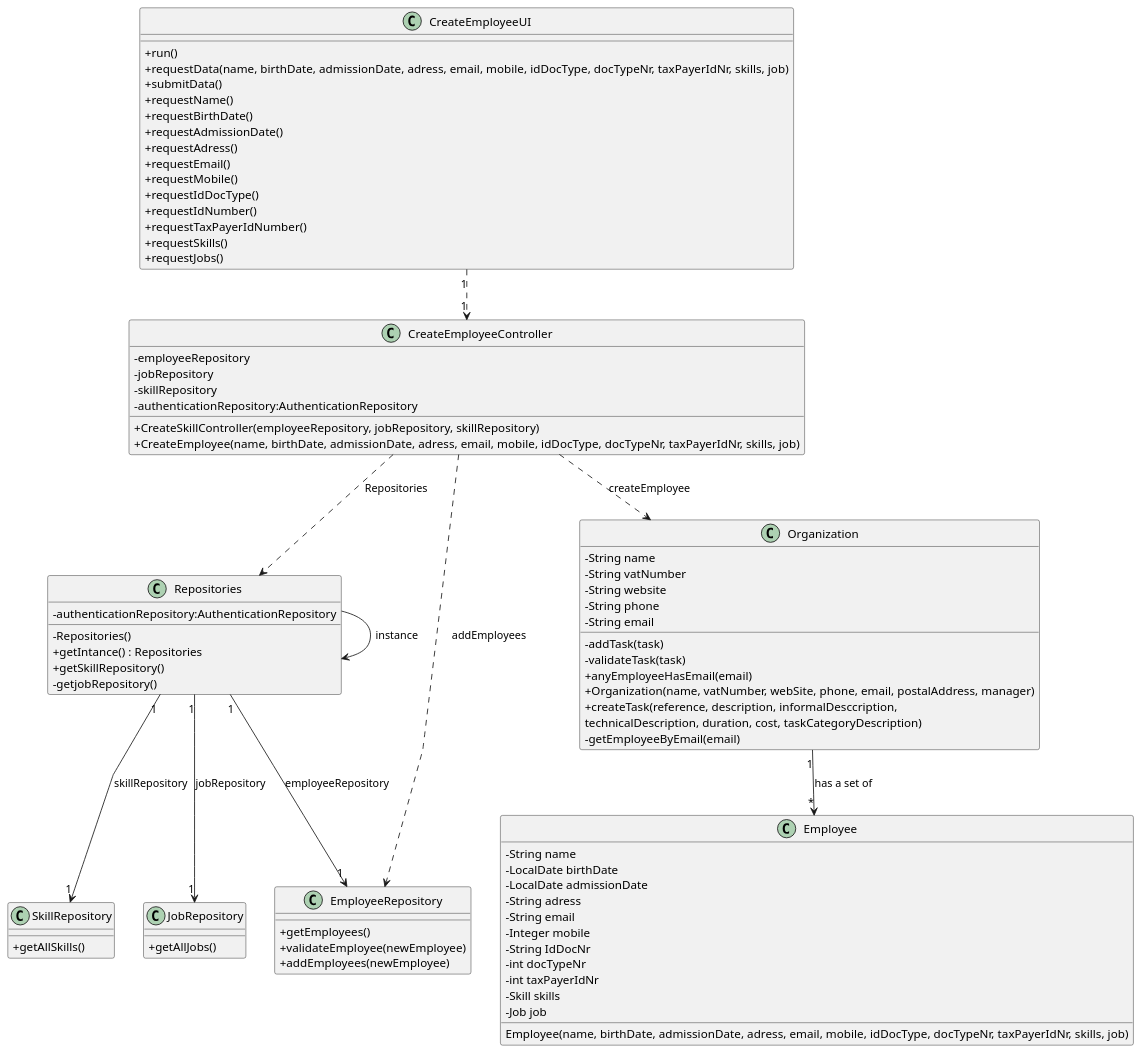
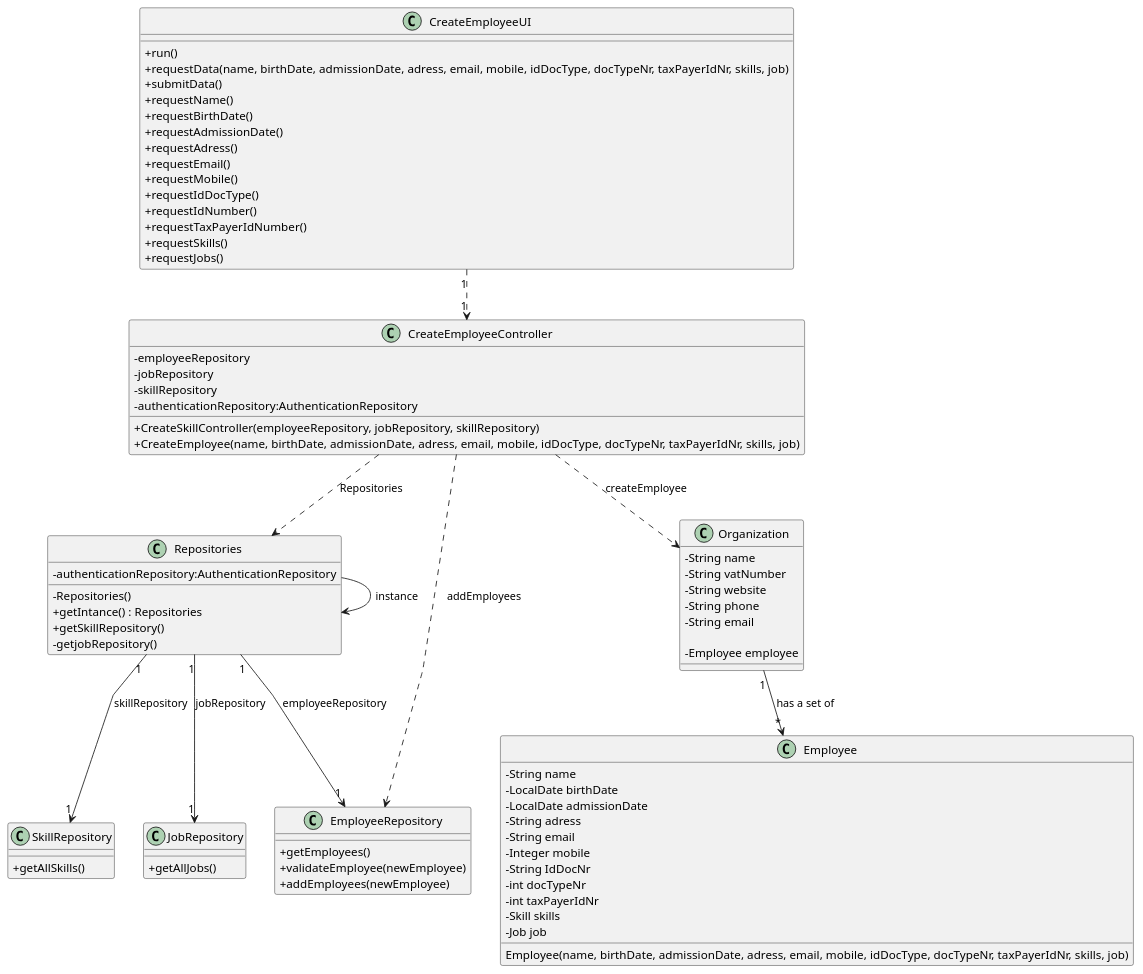
The diagram in docs/sprintB/us03/03.design/puml/us03-class-diagram.puml (Paulo-Pereira-at-ISEP/lei-24-s2-1nanb-g321), drawn with PlantUML before and after one commit.

Commit message:
US5 generate TEAMS

```diff
--- a/docs/sprintB/us03/03.design/puml/us03-class-diagram.puml
+++ b/docs/sprintB/us03/03.design/puml/us03-class-diagram.puml
@@ -1,112 +1,105 @@
 @startuml
 'skinparam monochrome true
 skinparam packageStyle rectangle
 skinparam shadowing false
 skinparam linetype polyline
 'skinparam linetype orto
 
 skinparam classAttributeIconSize 0
 
 'left to right direction
 
 class CreateEmployeeController
 {
     -employeeRepository
     -jobRepository
     -skillRepository
     -authenticationRepository:AuthenticationRepository
     +CreateSkillController(employeeRepository, jobRepository, skillRepository)
     +CreateEmployee(name, birthDate, admissionDate, adress, email, mobile, idDocType, docTypeNr, taxPayerIdNr, skills, job)
 
 
 }
 
 class CreateEmployeeUI {
    +run()
    +requestData(name, birthDate, admissionDate, adress, email, mobile, idDocType, docTypeNr, taxPayerIdNr, skills, job)
    +submitData()
    +requestName()
    +requestBirthDate()
    +requestAdmissionDate()
    +requestAdress()
    +requestEmail()
    +requestMobile()
    +requestIdDocType()
    +requestIdNumber()
    +requestTaxPayerIdNumber()
    +requestSkills()
    +requestJobs()
 }
 
 class Employee {
     - String name
     - LocalDate birthDate
     - LocalDate admissionDate
     - String adress
     - String email
     - Integer mobile
     - String IdDocNr
     - int docTypeNr
     - int taxPayerIdNr
     - Skill skills
     - Job job
 
     Employee(name, birthDate, admissionDate, adress, email, mobile, idDocType, docTypeNr, taxPayerIdNr, skills, job)
 }
 
 class Repositories {
         - Repositories()
         + getIntance() : Repositories
         + getSkillRepository()
         - getjobRepository()
         -authenticationRepository:AuthenticationRepository
 }
 
 class Organization {
     - String name
     - String vatNumber
     - String website
     - String phone
     - String email
 
-    - addTask(task)
-    - validateTask(task)
-    + anyEmployeeHasEmail(email)
-    + Organization(name, vatNumber, webSite, phone, email, postalAddress, manager)
-    + createTask(reference, description, informalDesccription,\ntechnicalDescription, duration, cost, taskCategoryDescription)
-    - getEmployeeByEmail(email)
-
-
+    - Employee employee
 }
 
 class SkillRepository{
     + getAllSkills()
 }
 
 class JobRepository {
     + getAllJobs()
 }
 
 class EmployeeRepository {
 
     + getEmployees()
     + validateEmployee(newEmployee)
     + addEmployees(newEmployee)
 }
 
 CreateEmployeeUI "1" ..> "1" CreateEmployeeController
 
 CreateEmployeeController ..> Repositories : Repositories
 Repositories --> Repositories : instance
 Repositories "1" --> "1" EmployeeRepository : employeeRepository
 Repositories "1" --> "1" SkillRepository : skillRepository
 Repositories "1" --> "1" JobRepository : jobRepository
 
 CreateEmployeeController ..> Organization : createEmployee
 
 
 Organization "1" --> "*" Employee : has a set of
 
 CreateEmployeeController ..> EmployeeRepository: addEmployees
 
 @enduml
```
